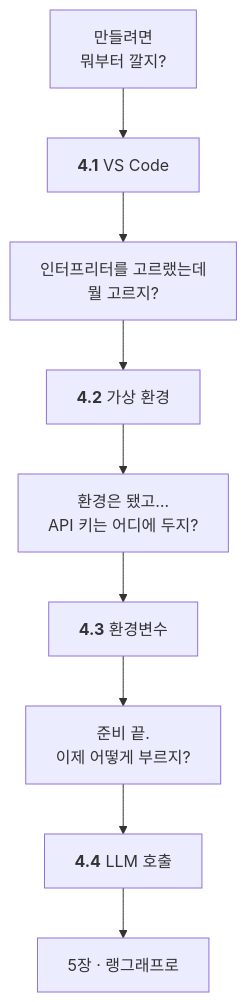
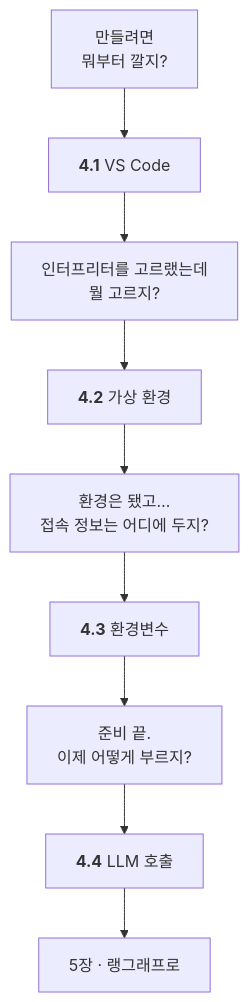
The diagram in ch04_dev-env/README.md (ff-1204/ai-agent), drawn with Mermaid before and after one commit. The commit also changed other lines of this file and 48 other files, not shown here.

````diff
--- a/ch04_dev-env/README.md
+++ b/ch04_dev-env/README.md
@@ -21,11 +27,11 @@
 ```mermaid
 graph TD
     Q0["만들려면<br/>뭐부터 깔지?"] --> S1["<b>4.1</b> VS Code"]
     S1 --> Q1["인터프리터를 고르랬는데<br/>뭘 고르지?"]
     Q1 --> S2["<b>4.2</b> 가상 환경"]
-    S2 --> Q2["환경은 됐고…<br/>API 키는 어디에 두지?"]
+    S2 --> Q2["환경은 됐고…<br/>접속 정보는 어디에 두지?"]
     Q2 --> S3["<b>4.3</b> 환경변수"]
     S3 --> Q3["준비 끝.<br/>이제 어떻게 부르지?"]
     Q3 --> S4["<b>4.4</b> LLM 호출"]
     S4 --> N["5장 · 랭그래프로"]
 ```
````
